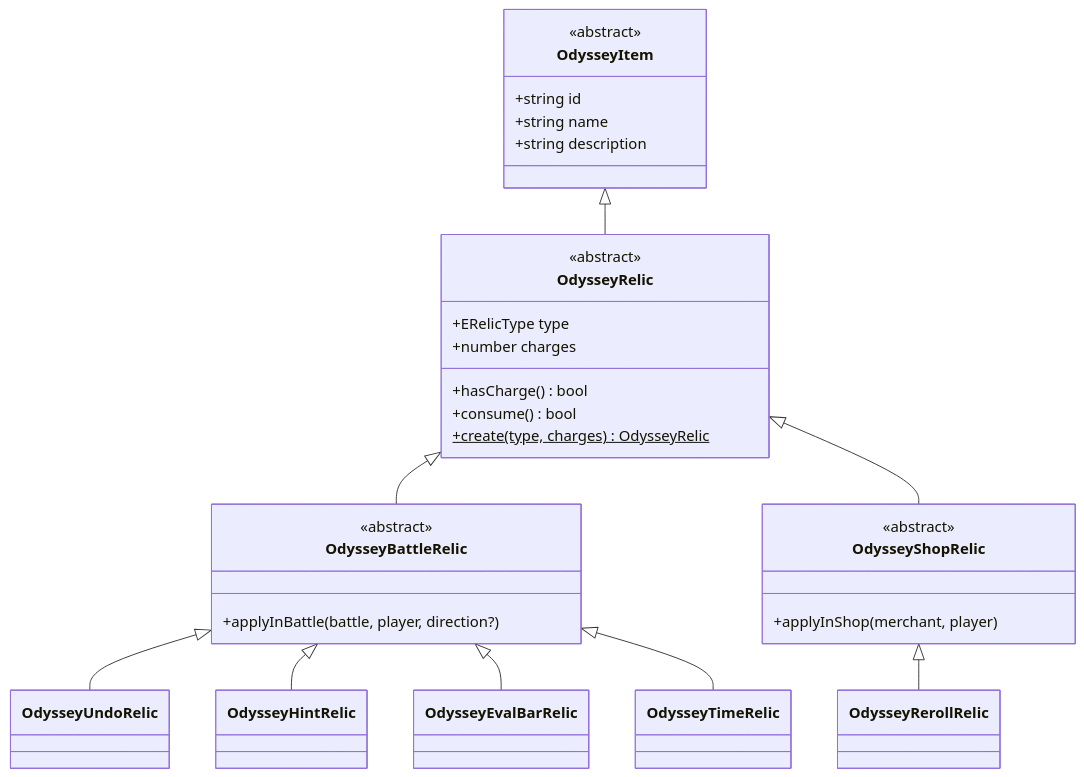
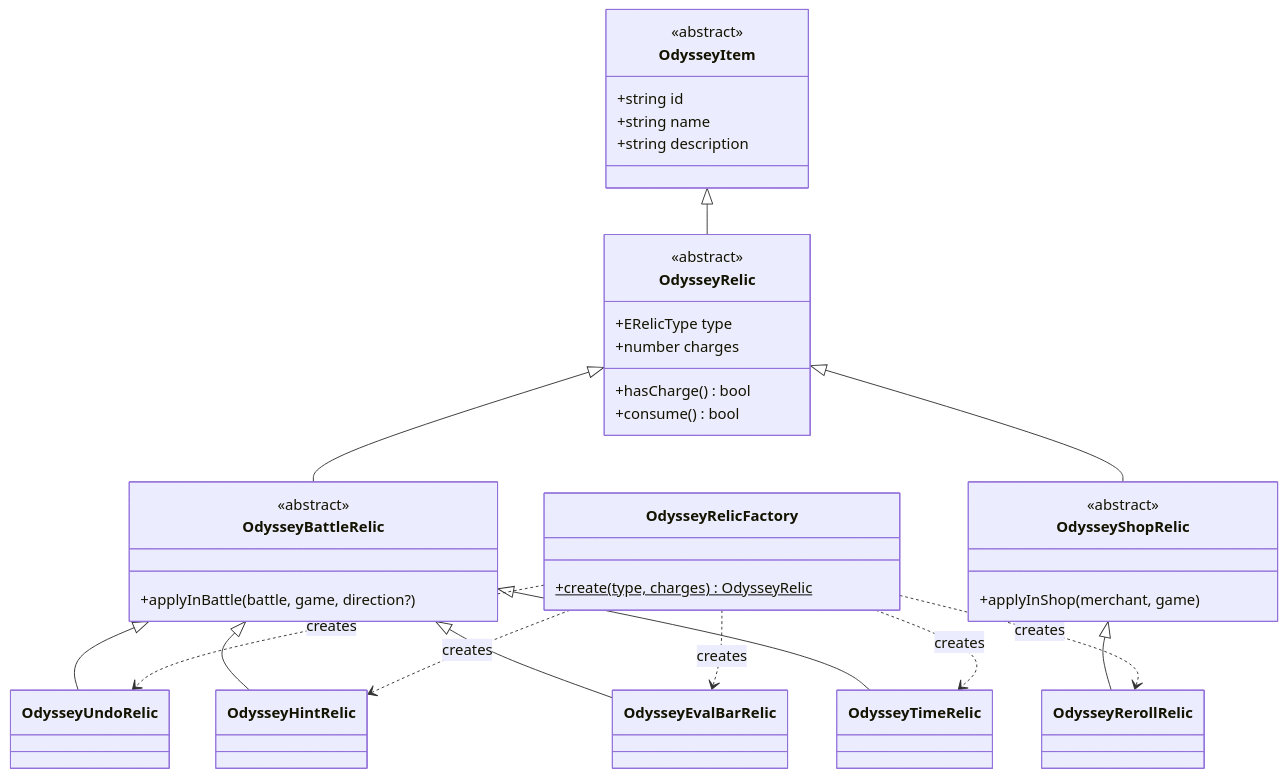
Before and after one commit to CHANDRAHARSHIT/Chess-Project: the first of 3 diagrams in story-mode-backend-models/README.md, drawn with Mermaid. The commit also changed other lines of this file and 91 other files, not shown here.

Commit message:
Rework Odyssey model layer: split Player/Game, add unit tests

````diff
--- a/story-mode-backend-models/README.md
+++ b/story-mode-backend-models/README.md
@@ -33,39 +37,46 @@
 ```mermaid
 classDiagram
     class OdysseyItem {
         <<abstract>>
         +string id
         +string name
         +string description
     }
     class OdysseyRelic {
         <<abstract>>
         +ERelicType type
         +number charges
         +hasCharge() bool
         +consume() bool
-        +create(type, charges)$ OdysseyRelic
     }
     class OdysseyBattleRelic {
         <<abstract>>
-        +applyInBattle(battle, player, direction?)
+        +applyInBattle(battle, game, direction?)
     }
     class OdysseyShopRelic {
         <<abstract>>
-        +applyInShop(merchant, player)
+        +applyInShop(merchant, game)
     }
     class OdysseyUndoRelic
     class OdysseyHintRelic
     class OdysseyEvalBarRelic
     class OdysseyTimeRelic
     class OdysseyRerollRelic
+    class OdysseyRelicFactory {
+        +create(type, charges)$ OdysseyRelic
+    }
 
     OdysseyItem <|-- OdysseyRelic
     OdysseyRelic <|-- OdysseyBattleRelic
     OdysseyRelic <|-- OdysseyShopRelic
     OdysseyBattleRelic <|-- OdysseyUndoRelic
     OdysseyBattleRelic <|-- OdysseyHintRelic
     OdysseyBattleRelic <|-- OdysseyEvalBarRelic
     OdysseyBattleRelic <|-- OdysseyTimeRelic
     OdysseyShopRelic <|-- OdysseyRerollRelic
+    OdysseyRelicFactory ..> OdysseyUndoRelic : creates
+    OdysseyRelicFactory ..> OdysseyHintRelic : creates
+    OdysseyRelicFactory ..> OdysseyEvalBarRelic : creates
+    OdysseyRelicFactory ..> OdysseyTimeRelic : creates
+    OdysseyRelicFactory ..> OdysseyRerollRelic : creates
 ```
````
